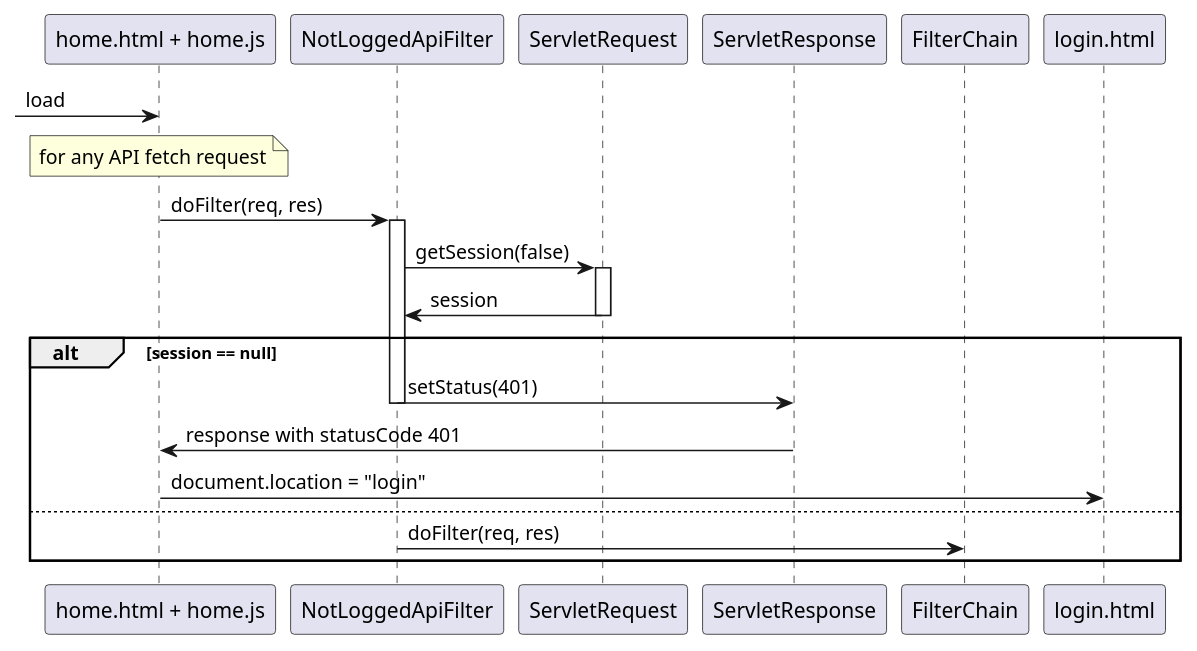
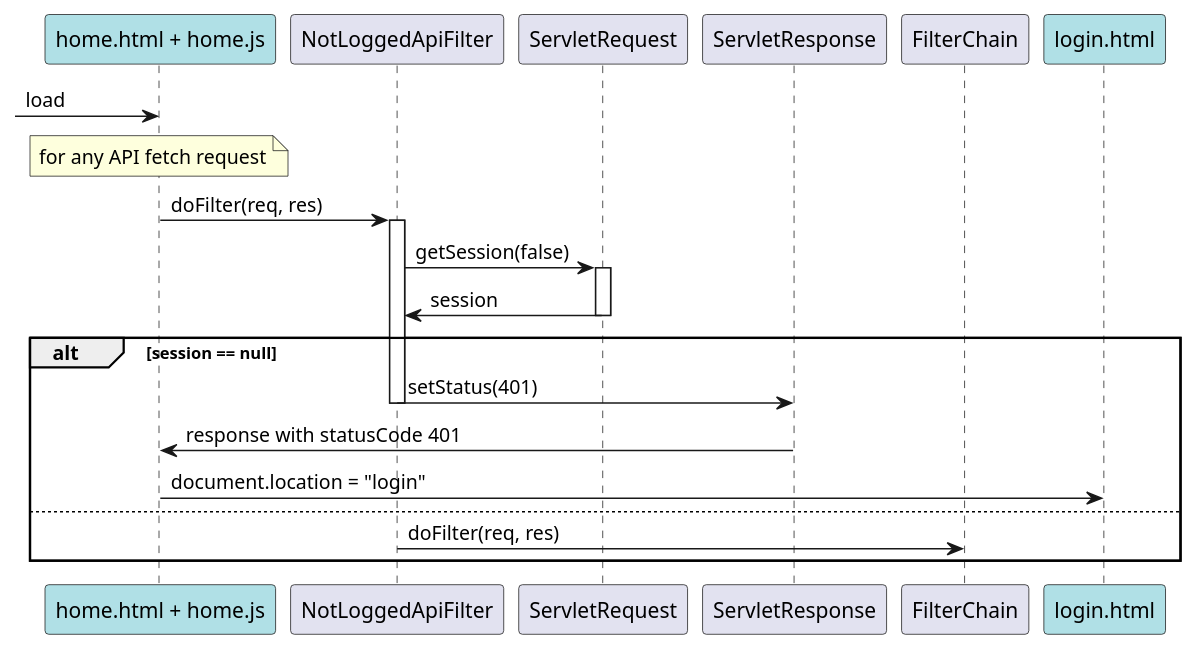
Before and after one commit to francescospangaro/tecnologie-web: the diagram in docs/ria/login_api_filter.puml, drawn with PlantUML. The commit also changed 6 other files, not shown here.

```diff
--- a/docs/ria/login_api_filter.puml
+++ b/docs/ria/login_api_filter.puml
@@ -1,26 +1,27 @@
 @startuml
-participant "home.html + home.js" as js
+participant "home.html + home.js" as js #powderblue
 participant NotLoggedApiFilter as filter
 participant ServletRequest as req
 participant ServletResponse as resp
 participant FilterChain as chain
+participant login.html #powderblue
 
 -> js : load
 
 note over js
     for any API fetch request
 end note
 js -> filter ++ : doFilter(req, res)
 
 filter -> req ++ : getSession(false)
 req -> filter -- : session
 
 alt session == null
     filter -> resp -- : setStatus(401)
     resp -> js -- : response with statusCode 401
     js -> login.html : document.location = "login"
 else
     filter -> chain -- : doFilter(req, res)
 end
 
 @enduml
```
